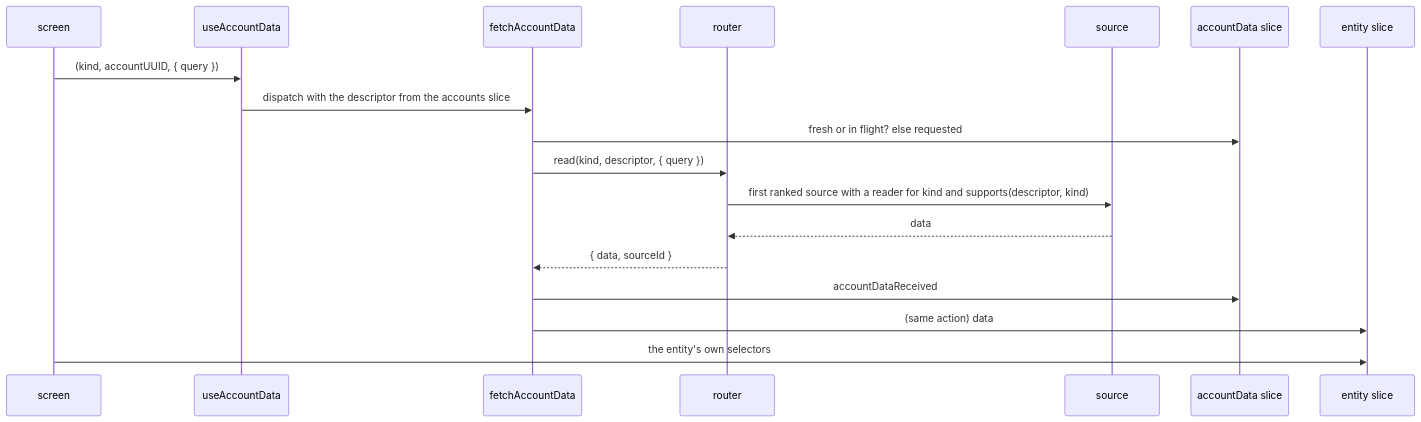
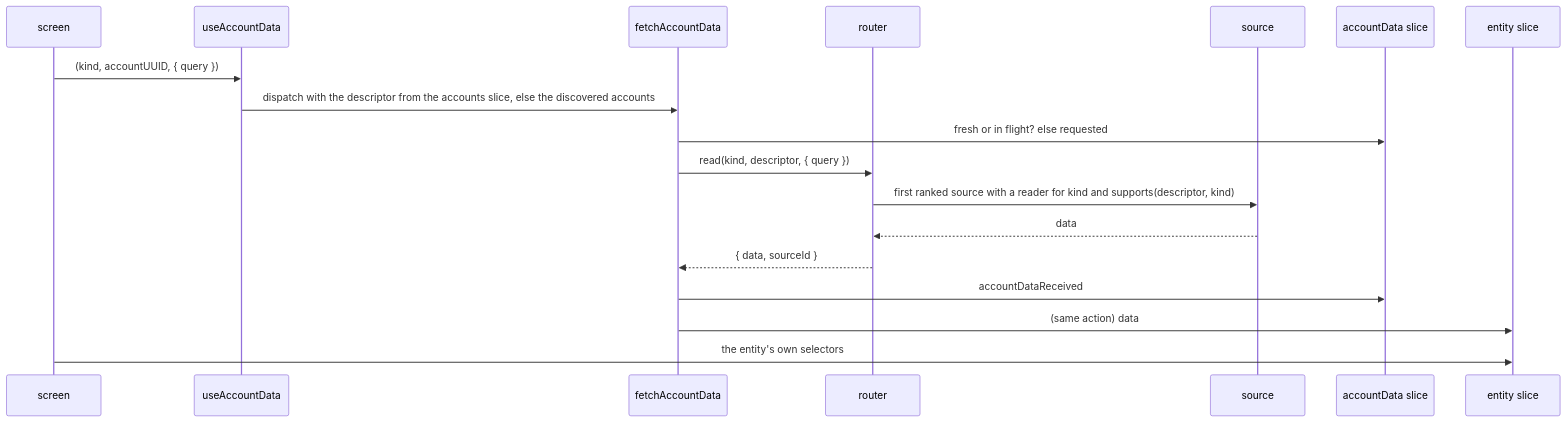
One commit to LedgerHQ/ledger-live changed the second of 2 diagrams in docs/account-models/data-layer.md. Above: the diagram before and after it, drawn with Mermaid. The commit also changed other lines of this file and 32 other files, not shown here.

````diff
--- a/docs/account-models/data-layer.md
+++ b/docs/account-models/data-layer.md
@@ -22,20 +53,20 @@
 ```mermaid
 sequenceDiagram
     participant S as screen
     participant H as useAccountData
     participant T as fetchAccountData
     participant R as router
     participant X as source
     participant A as accountData slice
     participant E as entity slice
     S->>H: (kind, accountUUID, { query })
-    H->>T: dispatch with the descriptor from the accounts slice
+    H->>T: dispatch with the descriptor from the accounts slice, else the discovered accounts
     T->>A: fresh or in flight? else requested
     T->>R: read(kind, descriptor, { query })
     R->>X: first ranked source with a reader for kind and supports(descriptor, kind)
     X-->>R: data
     R-->>T: { data, sourceId }
     T->>A: accountDataReceived
     T->>E: (same action) data
     S->>E: the entity's own selectors
 ```
````
